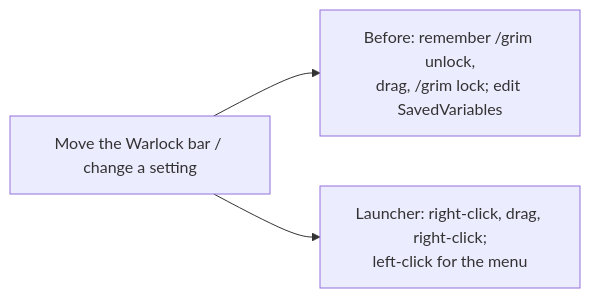
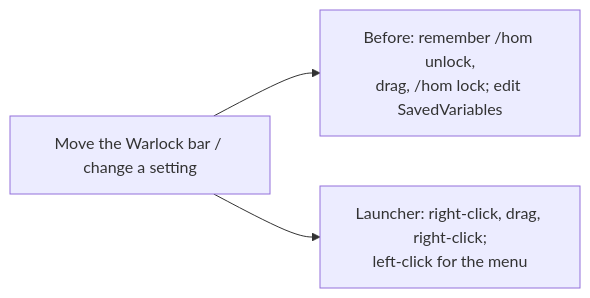
Before and after one commit to PhillypHenning/grimoire: the first of 2 diagrams in docs/features/launcher/README.md, drawn with Mermaid. The commit also changed other lines of this file and 178 other files, not shown here.

````diff
--- a/docs/features/launcher/README.md
+++ b/docs/features/launcher/README.md
@@ -14,5 +14,5 @@
 ```mermaid
 flowchart LR
-    Q["Move the Warlock bar / change a setting"] --> D["Before: remember /grim unlock,<br/>drag, /grim lock; edit SavedVariables"]
+    Q["Move the Warlock bar / change a setting"] --> D["Before: remember /hom unlock,<br/>drag, /hom lock; edit SavedVariables"]
     Q --> G["Launcher: right-click, drag, right-click;<br/>left-click for the menu"]
 ```
````
